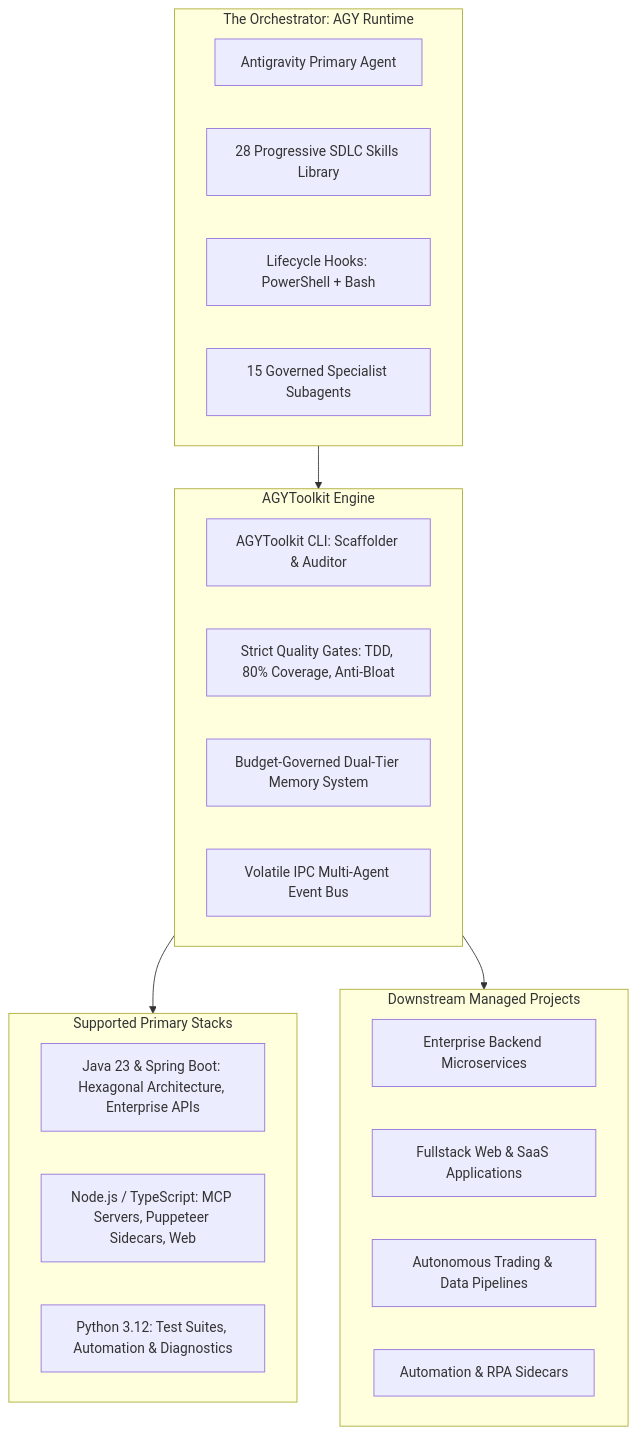
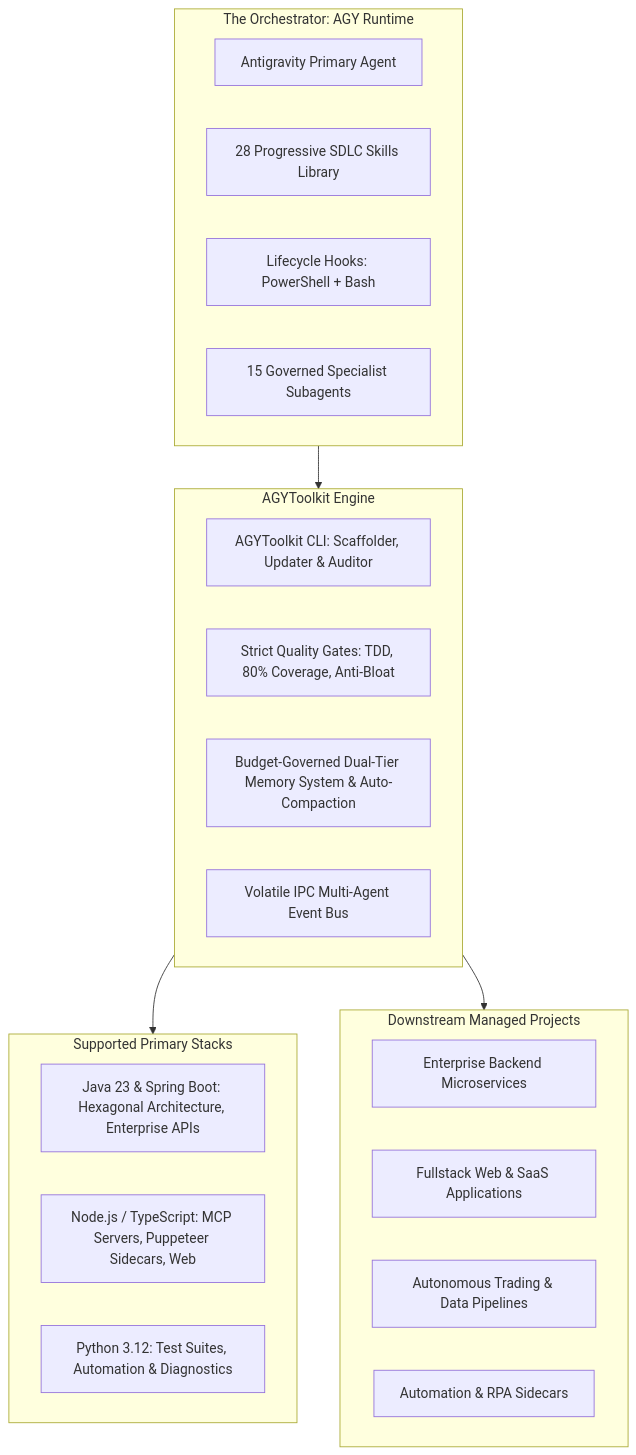
The diagram in README.md (OneEyedDragon1102/AGYToolkit), drawn with Mermaid before and after one commit. The commit also changed other lines of this file and 3 other files, not shown here.

Commit message:
docs(memory): update documentation for auto-compaction engine and mcp tool

````diff
--- a/README.md
+++ b/README.md
@@ -11,33 +11,33 @@
 ```mermaid
 flowchart TD
     subgraph Mind [The Orchestrator: AGY Runtime]
         Agent[Antigravity Primary Agent]
         Skills[28 Progressive SDLC Skills Library]
         Hooks[Lifecycle Hooks: PowerShell + Bash]
         Swarm[15 Governed Specialist Subagents]
     end
 
     subgraph FrameworkCore [AGYToolkit Engine]
-        CLI[AGYToolkit CLI: Scaffolder & Auditor]
+        CLI[AGYToolkit CLI: Scaffolder, Updater & Auditor]
         Gates[Strict Quality Gates: TDD, 80% Coverage, Anti-Bloat]
-        Memory[Budget-Governed Dual-Tier Memory System]
+        Memory[Budget-Governed Dual-Tier Memory System & Auto-Compaction]
         Bus[Volatile IPC Multi-Agent Event Bus]
     end
 
     subgraph TechStacks [Supported Primary Stacks]
         JavaStack[Java 23 & Spring Boot: Hexagonal Architecture, Enterprise APIs]
         NodeStack[Node.js / TypeScript: MCP Servers, Puppeteer Sidecars, Web]
         PyStack[Python 3.12: Test Suites, Automation & Diagnostics]
     end
 
     subgraph TargetRepos [Downstream Managed Projects]
         R1[Enterprise Backend Microservices]
         R2[Fullstack Web & SaaS Applications]
         R3[Autonomous Trading & Data Pipelines]
         R4[Automation & RPA Sidecars]
     end
 
     Mind --> FrameworkCore
     FrameworkCore --> TechStacks
     FrameworkCore --> TargetRepos
 ```
````
